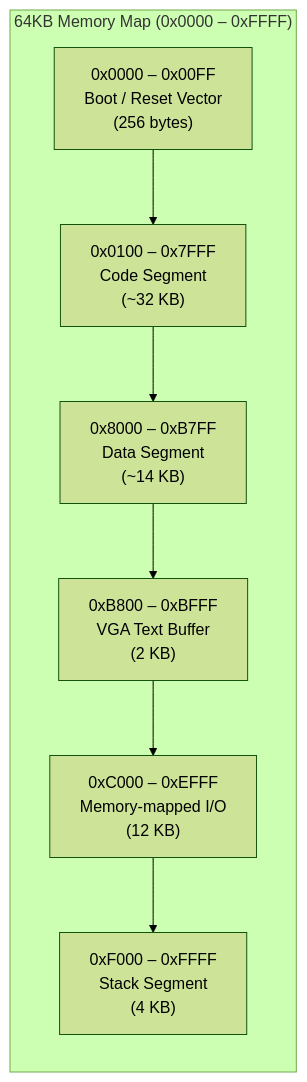
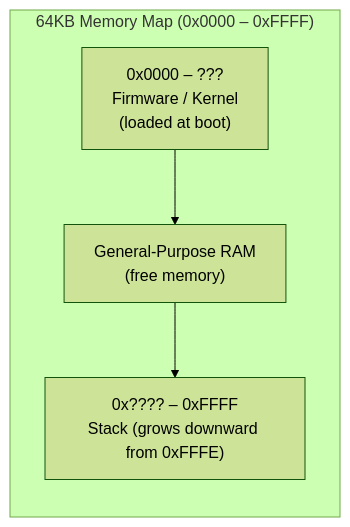
The first of 6 diagrams in docs/en/architecture/memory-map.md (MinecAnton209/NovumOS-16bit), drawn with Mermaid (forest theme) before and after one commit. The commit also changed other lines of this file and 20 other files, not shown here.

````diff
--- a/docs/en/architecture/memory-map.md
+++ b/docs/en/architecture/memory-map.md
@@ -11,15 +11,12 @@
 ```mermaid
 graph TB
     subgraph MemoryMap["64KB Memory Map (0x0000 – 0xFFFF)"]
         direction TB
-        
-        BOOT["0x0000 – 0x00FF<br/>Boot / Reset Vector<br/>(256 bytes)"]
-        CODE["0x0100 – 0x7FFF<br/>Code Segment<br/>(~32 KB)"]
-        DATA["0x8000 – 0xB7FF<br/>Data Segment<br/>(~14 KB)"]
-        VGA_MEM["0xB800 – 0xBFFF<br/>VGA Text Buffer<br/>(2 KB)"]
-        IO_REG["0xC000 – 0xEFFF<br/>Memory-mapped I/O<br/>(12 KB)"]
-        STACK["0xF000 – 0xFFFF<br/>Stack Segment<br/>(4 KB)"]
+
+        FIRMWARE["0x0000 – ???<br/>Firmware / Kernel<br/>(loaded at boot)"]
+        RAM["General-Purpose RAM<br/>(free memory)"]
+        STACK["0x???? – 0xFFFF<br/>Stack (grows downward from 0xFFFE)"]
     end
-    
-    BOOT --> CODE --> DATA --> VGA_MEM --> IO_REG --> STACK
+
+    FIRMWARE --> RAM --> STACK
 ```
````
